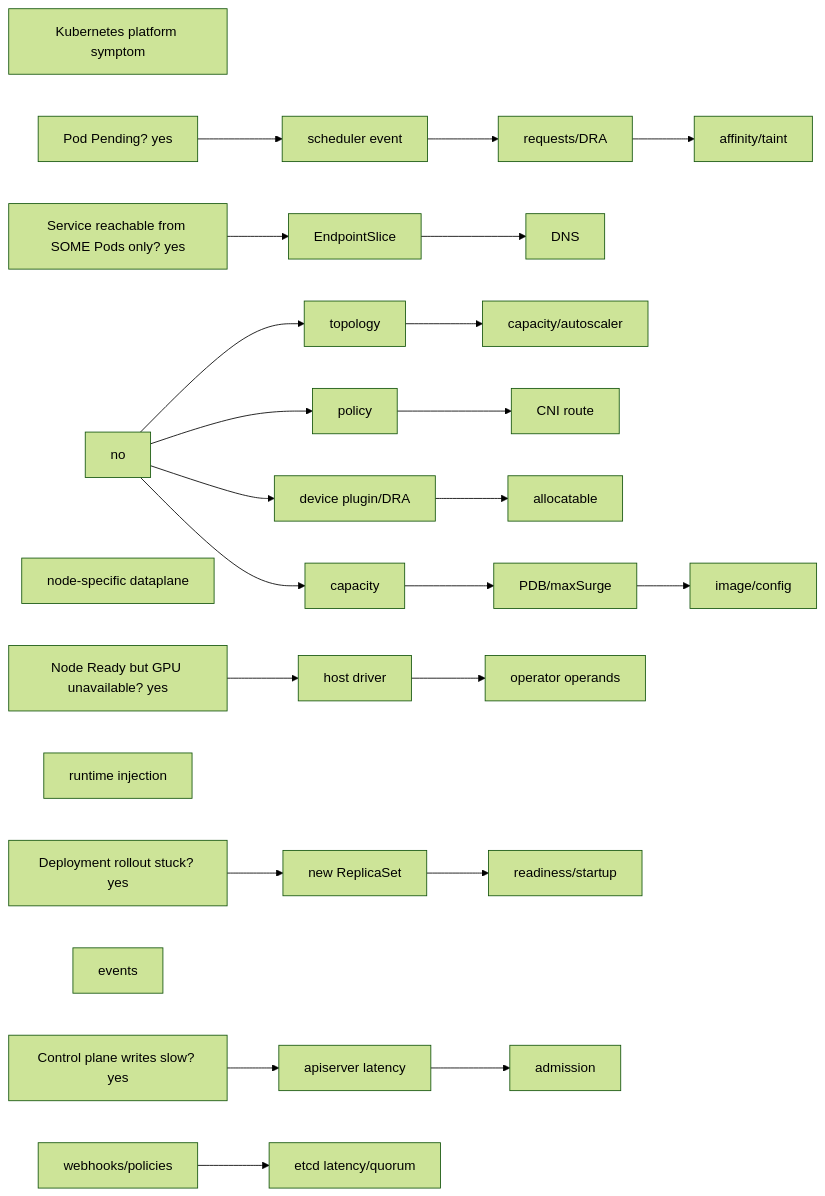
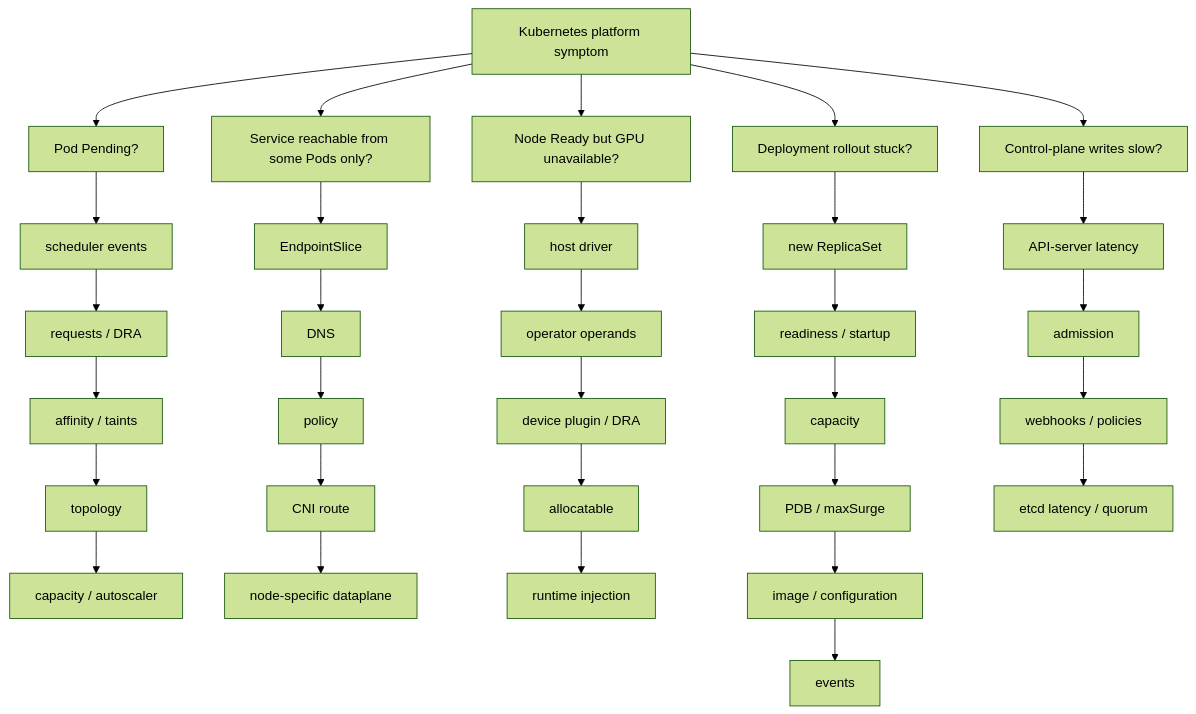
The diagram in docs/volume-09/16-question-set-c-kubernetes-platform-depth.md (jithinpnjm/nvidia-devops), drawn with Mermaid (forest theme) before and after one commit. The commit also changed other lines of this file and 99 other files, not shown here.

````diff
--- a/docs/volume-09/16-question-set-c-kubernetes-platform-depth.md
+++ b/docs/volume-09/16-question-set-c-kubernetes-platform-depth.md
@@ -19,57 +19,9 @@
 ```mermaid
-flowchart LR
-  %% Converted from the original ASCII diagram; source wording is preserved.
-  n0["Kubernetes platform symptom"]
-  n1["Pod Pending? yes"]
-  n2["scheduler event"]
-  n3["requests/DRA"]
-  n4["affinity/taint"]
-  n5["no"]
-  n6["topology"]
-  n7["capacity/autoscaler"]
-  n8["Service reachable from SOME Pods only? yes"]
-  n9["EndpointSlice"]
-  n10["DNS"]
-  n11["policy"]
-  n12["CNI route"]
-  n13["node-specific dataplane"]
-  n14["Node Ready but GPU unavailable? yes"]
-  n15["host driver"]
-  n16["operator operands"]
-  n17["device plugin/DRA"]
-  n18["allocatable"]
-  n19["runtime injection"]
-  n20["Deployment rollout stuck? yes"]
-  n21["new ReplicaSet"]
-  n22["readiness/startup"]
-  n23["capacity"]
-  n24["PDB/maxSurge"]
-  n25["image/config"]
-  n26["events"]
-  n27["Control plane writes slow? yes"]
-  n28["apiserver latency"]
-  n29["admission"]
-  n30["webhooks/policies"]
-  n31["etcd latency/quorum"]
-  n1 --> n2
-  n2 --> n3
-  n3 --> n4
-  n5 --> n6
-  n6 --> n7
-  n8 --> n9
-  n9 --> n10
-  n5 --> n11
-  n11 --> n12
-  n14 --> n15
-  n15 --> n16
-  n5 --> n17
-  n17 --> n18
-  n20 --> n21
-  n21 --> n22
-  n5 --> n23
-  n23 --> n24
-  n24 --> n25
-  n27 --> n28
-  n28 --> n29
-  n30 --> n31
+flowchart TD
+  Root["Kubernetes platform symptom"]
+  Root --> Pending["Pod Pending?"] --> PE["scheduler events"] --> PR["requests / DRA"] --> PA["affinity / taints"] --> PT["topology"] --> PC["capacity / autoscaler"]
+  Root --> Service["Service reachable from some Pods only?"] --> SE["EndpointSlice"] --> SD["DNS"] --> SP["policy"] --> SC["CNI route"] --> SN["node-specific dataplane"]
+  Root --> GPU["Node Ready but GPU unavailable?"] --> GH["host driver"] --> GO["operator operands"] --> GD["device plugin / DRA"] --> GA["allocatable"] --> GR["runtime injection"]
+  Root --> Rollout["Deployment rollout stuck?"] --> RR["new ReplicaSet"] --> RRead["readiness / startup"] --> RC["capacity"] --> RP["PDB / maxSurge"] --> RI["image / configuration"] --> RE["events"]
+  Root --> CP["Control-plane writes slow?"] --> CA["API-server latency"] --> CAD["admission"] --> CW["webhooks / policies"] --> CE["etcd latency / quorum"]
 ```
````
